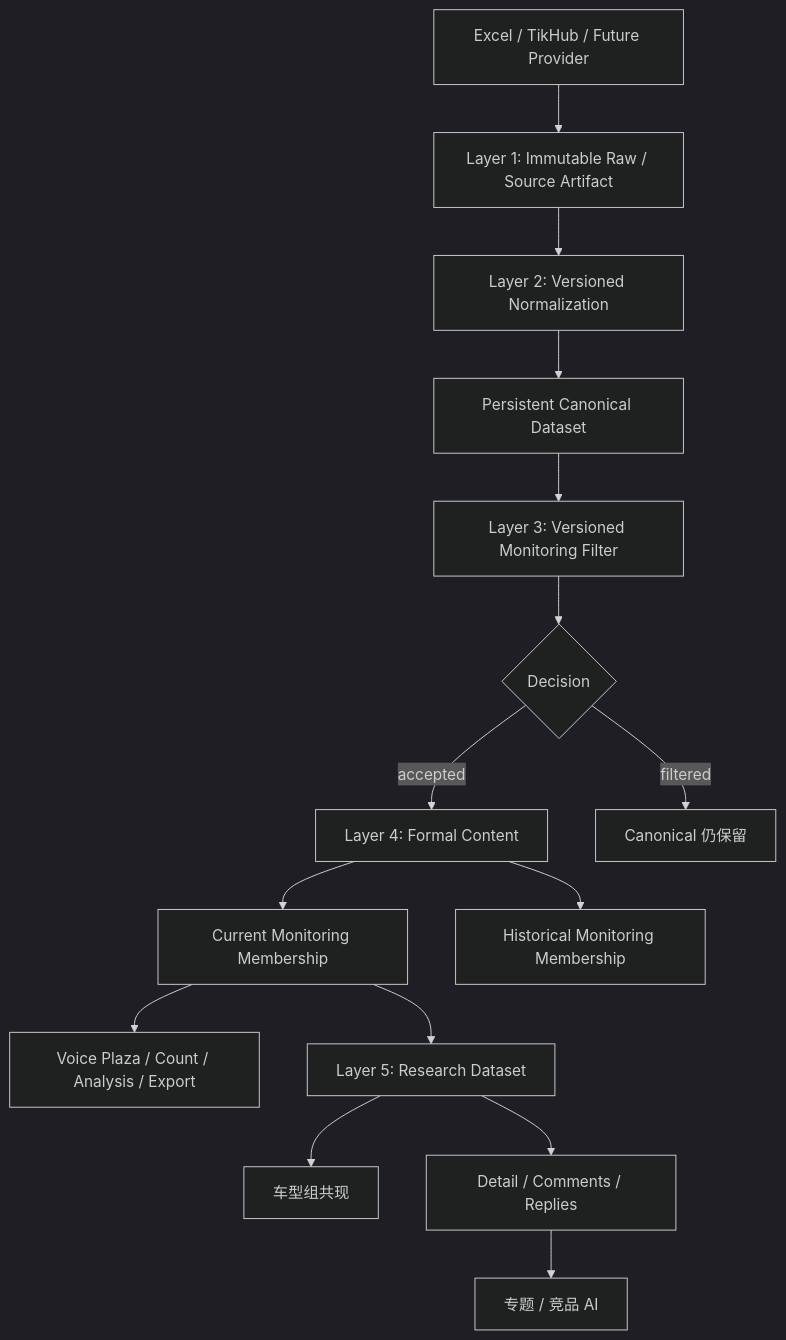
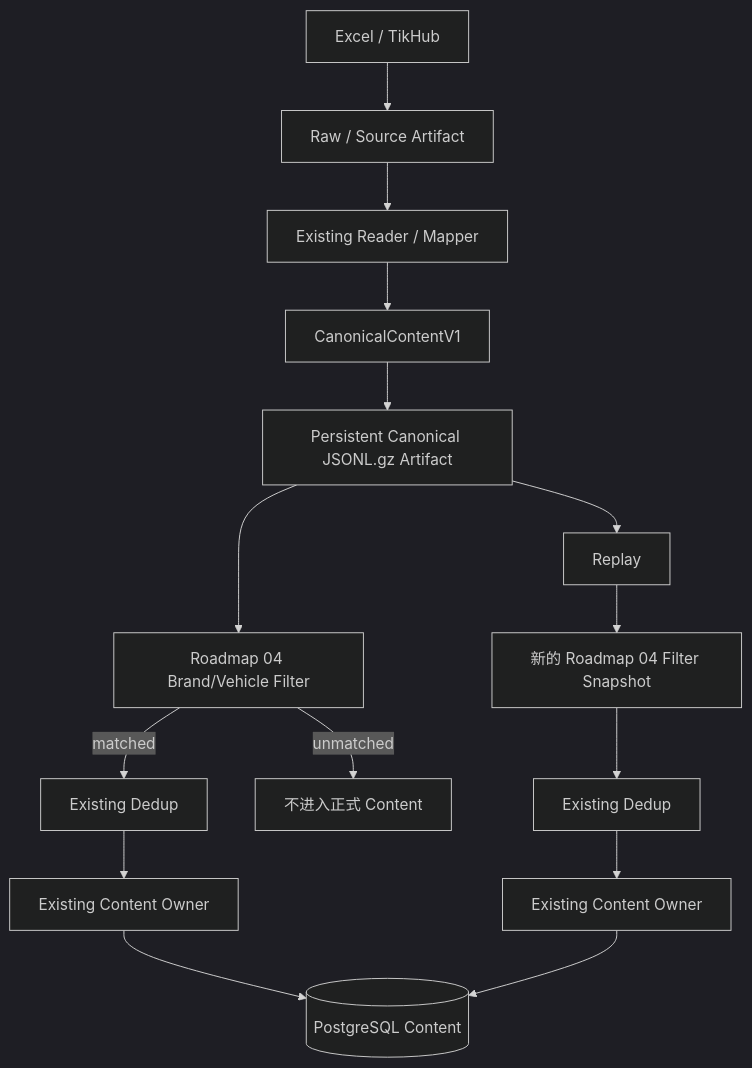
The first of 3 diagrams in docs/roadmap/05_可重放数据底座与监测重分类实施路线.md (dingyuwen777/AIMA_UGC), drawn with Mermaid (dark theme) before and after one commit. The commit also changed other lines of this file, not shown here.

Commit message:
文档：收敛 Roadmap 05 为 Canonical 持久化与重放

````diff
--- a/docs/roadmap/05_可重放数据底座与监测重分类实施路线.md
+++ b/docs/roadmap/05_可重放数据底座与监测重分类实施路线.md
@@ -68,17 +176,18 @@
 ```mermaid
 flowchart TD
-    A[Excel / TikHub / Future Provider] --> B[Layer 1: Immutable Raw / Source Artifact]
-    B --> C[Layer 2: Versioned Normalization]
-    C --> D[Persistent Canonical Dataset]
-    D --> E[Layer 3: Versioned Monitoring Filter]
-    E --> F{Decision}
-    F -->|accepted| G[Layer 4: Formal Content]
-    F -->|filtered| H[Canonical 仍保留]
-    G --> I[Current Monitoring Membership]
-    G --> J[Historical Monitoring Membership]
-    I --> K[Voice Plaza / Count / Analysis / Export]
-    I --> L[Layer 5: Research Dataset]
-    L --> M[车型组共现]
-    L --> N[Detail / Comments / Replies]
-    N --> O[专题 / 竞品 AI]
+    A[Excel / TikHub] --> B[Raw / Source Artifact]
+    B --> C[Existing Reader / Mapper]
+    C --> D[CanonicalContentV1]
+    D --> E[Persistent Canonical JSONL.gz Artifact]
+    E --> F[Roadmap 04 Brand/Vehicle Filter]
+    F -->|matched| G[Existing Dedup]
+    F -->|unmatched| H[不进入正式 Content]
+    G --> I[Existing Content Owner]
+    I --> J[(PostgreSQL Content)]
+
+    E --> R[Replay]
+    R --> F2[新的 Roadmap 04 Filter Snapshot]
+    F2 --> G2[Existing Dedup]
+    G2 --> I2[Existing Content Owner]
+    I2 --> J
 ```
````
